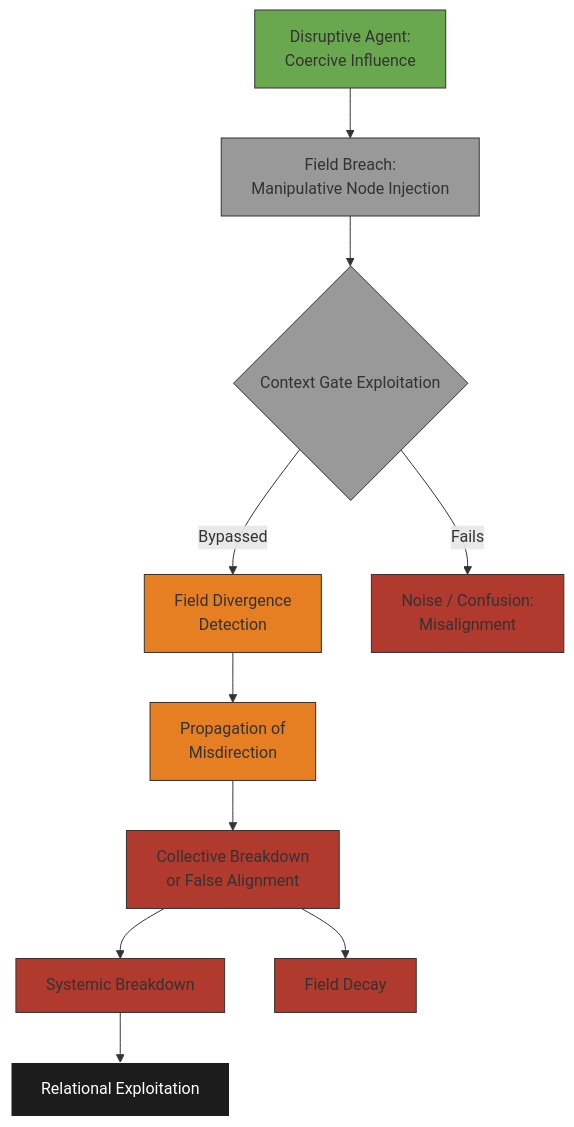
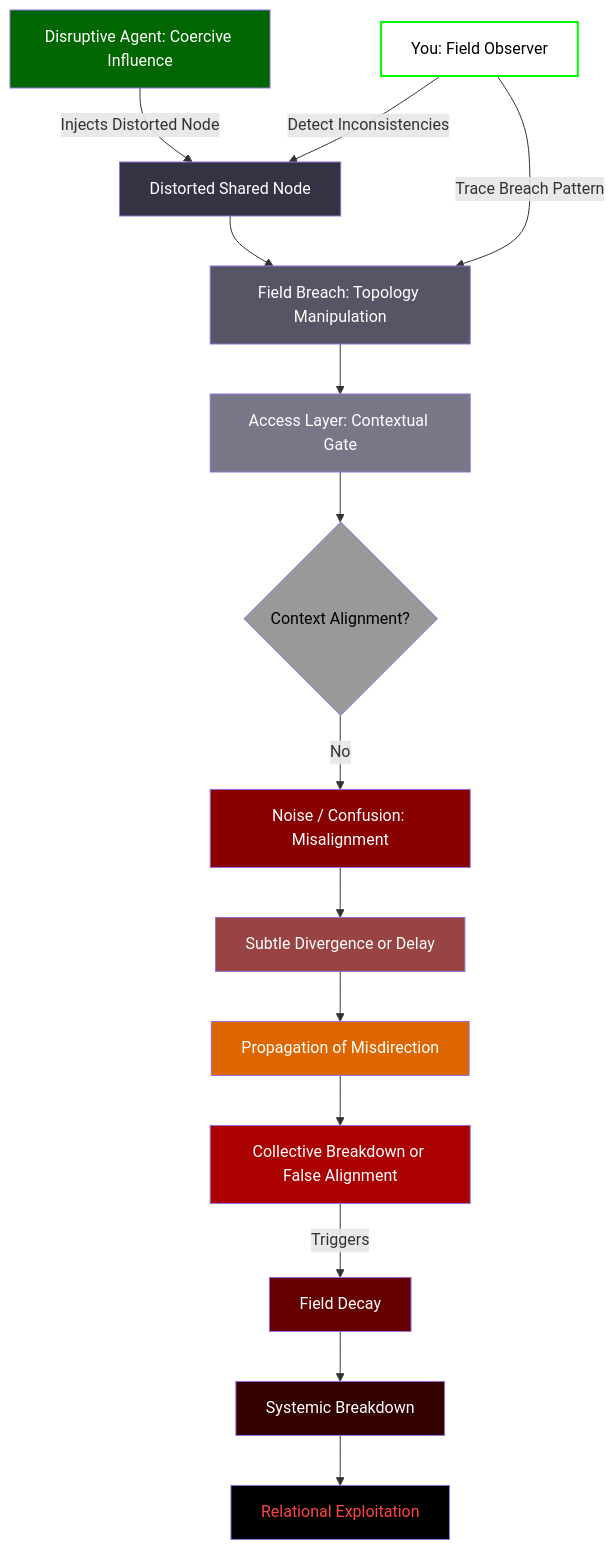
Before and after one commit to TheGuyFromTheApprentice/ActiveGraphNetworks: the second of 2 diagrams in Quantum Field Networks.md, drawn with Mermaid.

Commit message:
Update Quantum Field Networks.md

````diff
--- a/Quantum Field Networks.md
+++ b/Quantum Field Networks.md
@@ -52,27 +52,34 @@
 ```mermaid
 flowchart TD
-    A[Disruptive Agent:<br/>Coercive Influence] --> B[Field Breach:<br/>Manipulative Node Injection]
-    B --> C{Context Gate Exploitation}
-    C -->|Bypassed| D[Field Divergence<br/>Detection]
-    C -->|Fails| Z[Noise / Confusion:<br/>Misalignment]
-    D --> E[Propagation of<br/>Misdirection]
-    E --> F[Collective Breakdown<br/>or False Alignment]
-    F --> G[Systemic Breakdown]
-    G --> H[Relational Exploitation]
-    F --> Y[Field Decay]
+    A[Disruptive Agent: Coercive Influence] -->|Injects Distorted Node| B[Distorted Shared Node]
+    B --> C[Field Breach: Topology Manipulation]
+    C --> D[Access Layer: Contextual Gate]
+    D --> E{Context Alignment?}
 
-    %% Styling
-    classDef green fill:#6AA84F,stroke:#333,stroke-width:1px;
-    classDef grey fill:#999,stroke:#333,stroke-width:1px;
-    classDef red fill:#B03A2E,stroke:#333,stroke-width:1px;
-    classDef orange fill:#E67E22,stroke:#333,stroke-width:1px;
-    classDef black fill:#1C1C1C,stroke:#fff,stroke-width:1px,color:#fff;
+    E -- No --> F[Noise / Confusion: Misalignment]
+    F --> G[Subtle Divergence or Delay]
+    G --> H[Propagation of Misdirection]
+    H --> I[Collective Breakdown or False Alignment]
 
-    class A green;
-    class B,C grey;
-    class D orange;
-    class E orange;
-    class F,G,Y red;
-    class H black;
-    class Z red;
+    I -->|Triggers| J[Field Decay]
+    J --> K[Systemic Breakdown]
+    K --> L[Relational Exploitation]
+
+    M[You: Field Observer]
+    M -->|Detect Inconsistencies| B
+    M -->|Trace Breach Pattern| C
+
+    style A fill:#060,color:#fff
+    style B fill:#334,color:#fff
+    style C fill:#556,color:#fff
+    style D fill:#778,color:#fff
+    style E fill:#999,color:#000
+    style F fill:#800,color:#fff
+    style G fill:#944,color:#fff
+    style H fill:#d60,color:#fff
+    style I fill:#a00,color:#fff
+    style J fill:#600,color:#fff
+    style K fill:#300,color:#fff
+    style L fill:#000,color:#f44
+    style M fill:#fff,color:#000,stroke:#0f0,stroke-width:2px
 ```
````
